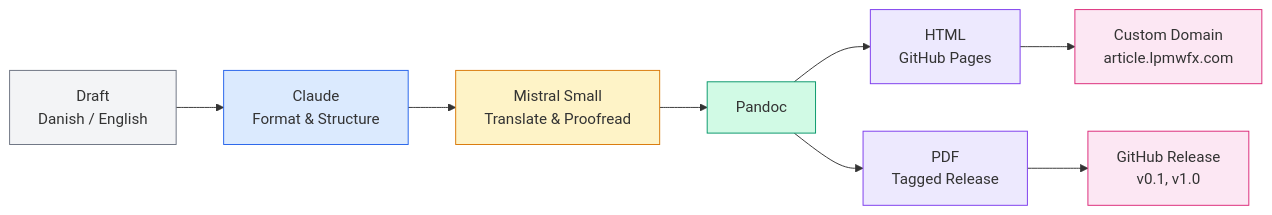
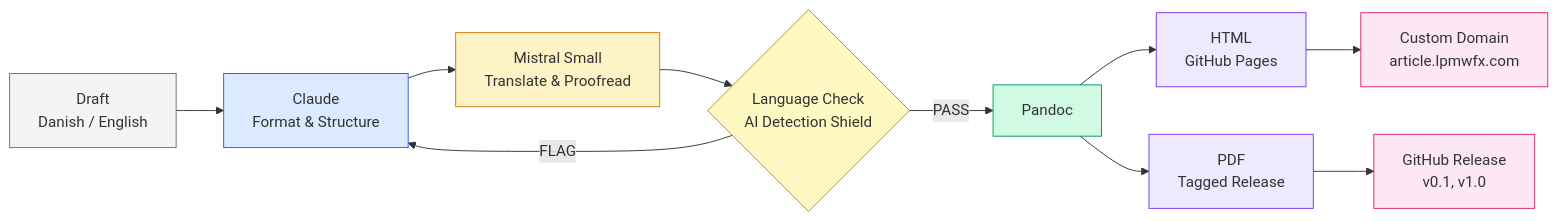
One commit to articles-lpmwfx/test-artikel changed the diagram in assets/pipeline.mmd. Above: the diagram before and after it, drawn with Mermaid. The commit also changed 9 other files, not shown here.

Commit message:
Add Language Check to pipeline: AI detection shield with feedback loop in diagram

```diff
--- a/assets/pipeline.mmd
+++ b/assets/pipeline.mmd
@@ -1,17 +1,20 @@
 graph LR
     A[Draft<br/>Danish / English] --> B[Claude<br/>Format & Structure]
     B --> C[Mistral Small<br/>Translate & Proofread]
-    C --> D[Pandoc]
+    C --> L{Language Check<br/>AI Detection Shield}
+    L -->|PASS| D[Pandoc]
+    L -->|FLAG| B
     D --> E[HTML<br/>GitHub Pages]
     D --> F[PDF<br/>Tagged Release]
     E --> G[Custom Domain<br/>article.lpmwfx.com]
     F --> H[GitHub Release<br/>v0.1, v1.0]
 
     style A fill:#f3f4f6,stroke:#6b7280
     style B fill:#dbeafe,stroke:#2563eb
     style C fill:#fef3c7,stroke:#d97706
+    style L fill:#fef9c3,stroke:#ca8a04
     style D fill:#d1fae5,stroke:#059669
     style E fill:#ede9fe,stroke:#7c3aed
     style F fill:#ede9fe,stroke:#7c3aed
     style G fill:#fce7f3,stroke:#db2777
     style H fill:#fce7f3,stroke:#db2777
```
